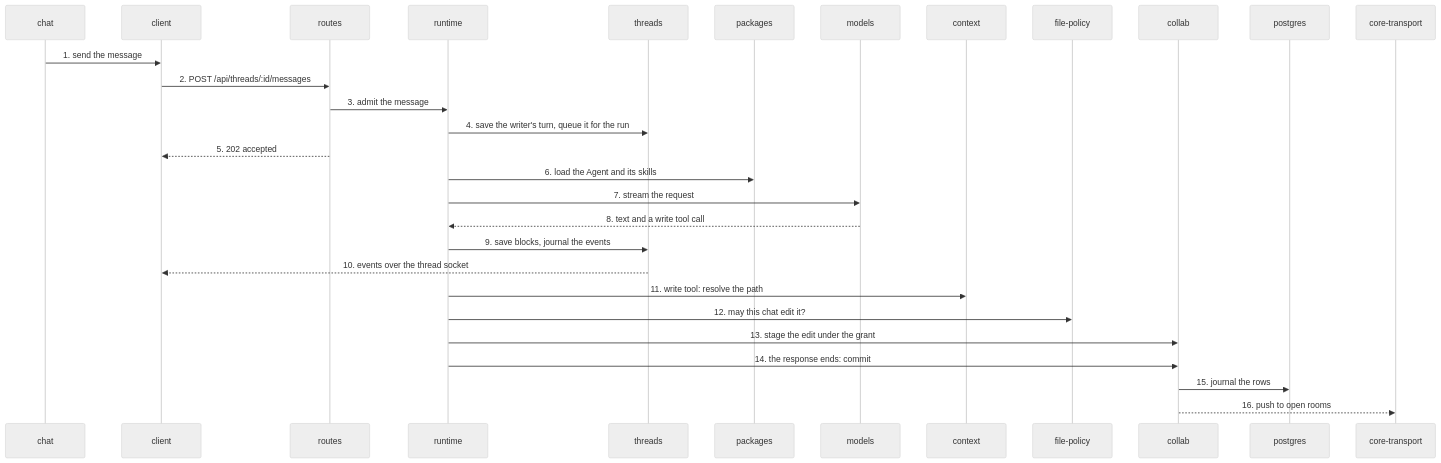
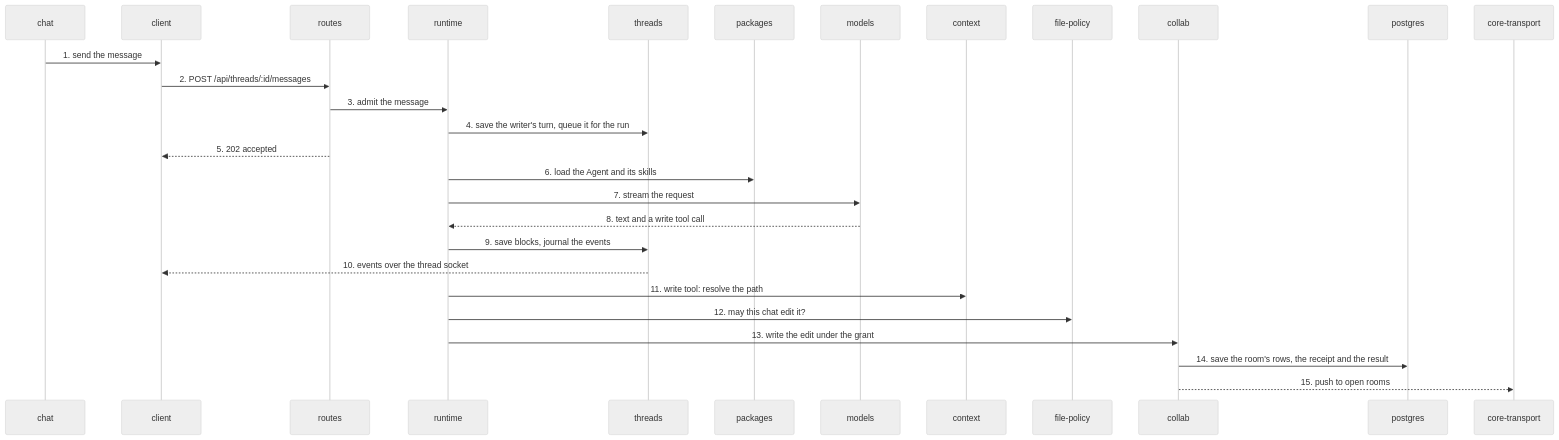
Before and after one commit to haowjy/meridian-flow: the diagram in .context/system-architecture/flows/message-becomes-edit.md, drawn with Mermaid (neutral theme). The commit also changed 52 other files, not shown here.

````diff
--- a/.context/system-architecture/flows/message-becomes-edit.md
+++ b/.context/system-architecture/flows/message-becomes-edit.md
@@ -7,31 +7,30 @@
 ```mermaid
 sequenceDiagram
   participant chat
   participant client
   participant server-routes as routes
   participant runtime
   participant threads
   participant packages
   participant models
   participant context
   participant file-policy
   participant collab
   participant postgres
   participant core-transport
   chat->>client: 1. send the message
   client->>server-routes: 2. POST /api/threads/:id/messages
   server-routes->>runtime: 3. admit the message
   runtime->>threads: 4. save the writer's turn, queue it for the run
   server-routes-->>client: 5. 202 accepted
   runtime->>packages: 6. load the Agent and its skills
   runtime->>models: 7. stream the request
   models-->>runtime: 8. text and a write tool call
   runtime->>threads: 9. save blocks, journal the events
   threads-->>client: 10. events over the thread socket
   runtime->>context: 11. write tool: resolve the path
   runtime->>file-policy: 12. may this chat edit it?
-  runtime->>collab: 13. stage the edit under the grant
-  runtime->>collab: 14. the response ends: commit
-  collab->>postgres: 15. journal the rows
-  collab-->>core-transport: 16. push to open rooms
+  runtime->>collab: 13. write the edit under the grant
+  collab->>postgres: 14. save the room's rows, the receipt and the result
+  collab-->>core-transport: 15. push to open rooms
 ```
````
